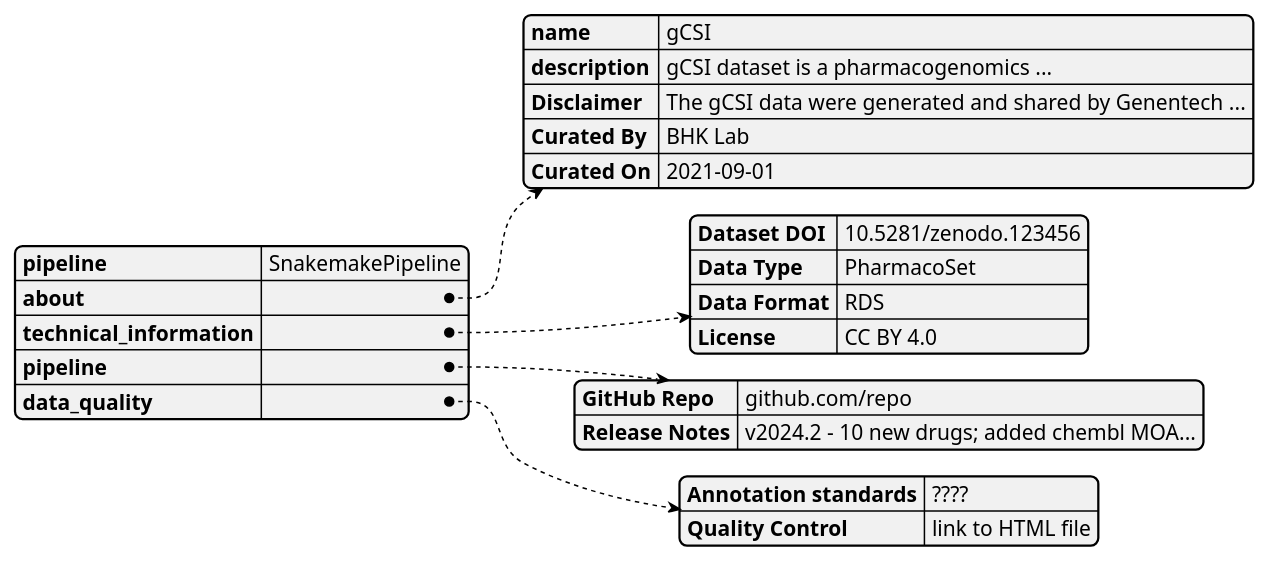
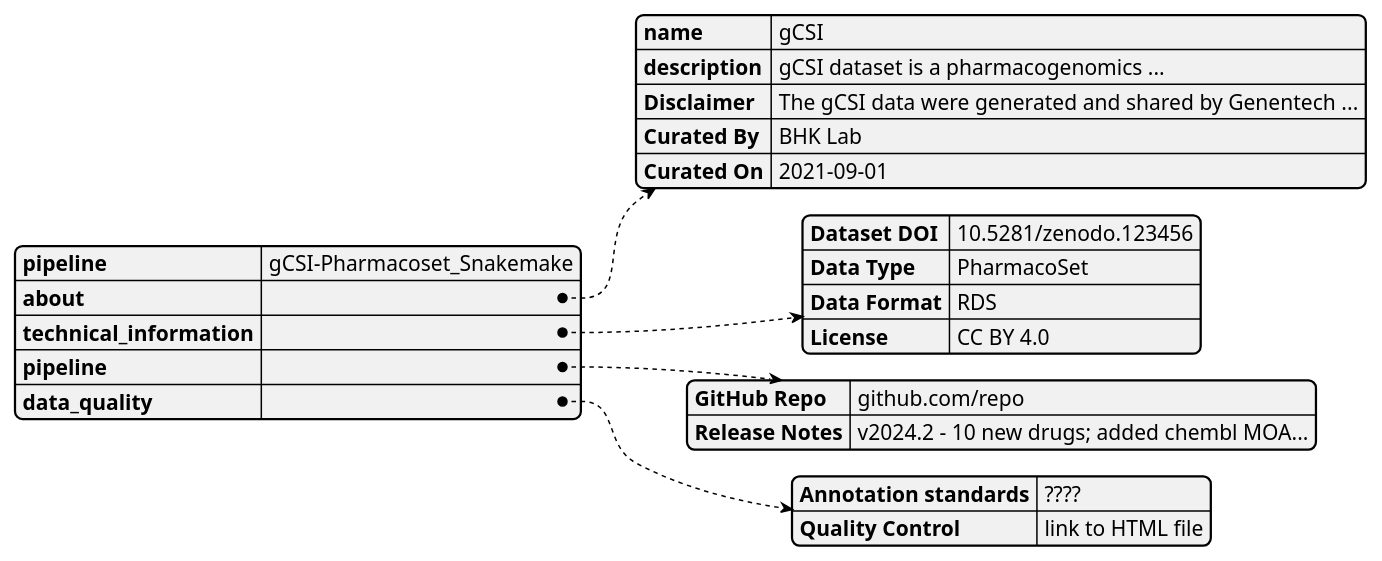
One commit to bhklab/ORCESTRA-api changed the diagram in docs/topics/pipeline/Data-Nutrition-Label.md. Above: the diagram before and after it, drawn with PlantUML. The commit also changed 33 other files, not shown here.

````diff
--- a/docs/topics/pipeline/Data-Nutrition-Label.md
+++ b/docs/topics/pipeline/Data-Nutrition-Label.md
@@ -23,28 +23,28 @@
 ```plantuml
 @startjson
 {
-    "pipeline":"SnakemakePipeline",
+    "pipeline":"gCSI-Pharmacoset_Snakemake",
     "about": {
         "name": "gCSI",
         "description": "gCSI dataset is a pharmacogenomics ...",
         "Disclaimer": "The gCSI data were generated and shared by Genentech ...",
         "Curated By": "BHK Lab",
         "Curated On": "2021-09-01"
     },
     "technical_information": {
         "Dataset DOI": "10.5281/zenodo.123456",
         "Data Type": "PharmacoSet",
         "Data Format": "RDS",
         "License": "CC BY 4.0"
     },
     "pipeline": {
         "GitHub Repo": "github.com/repo",
         "Release Notes": "v2024.2 - 10 new drugs; added chembl MOA..."
     },
     "data_quality": {
         "Annotation standards": "????",
         "Quality Control": "link to HTML file"
     }
 }
 @endjson
 ```
````
